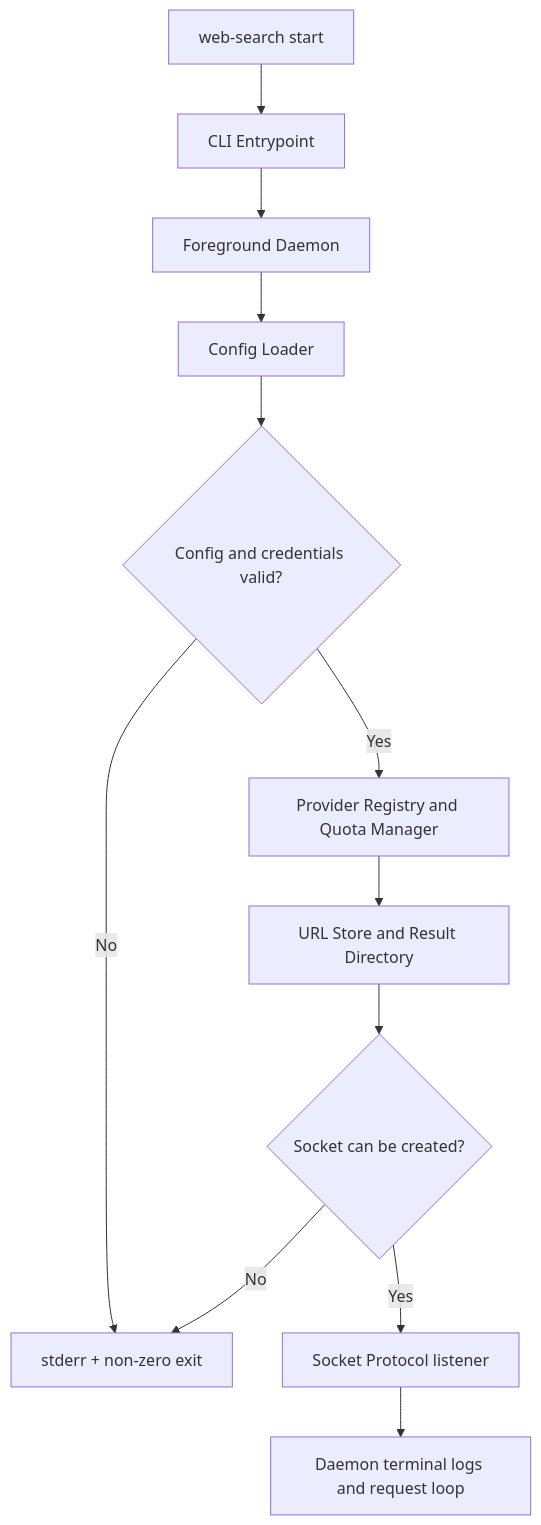
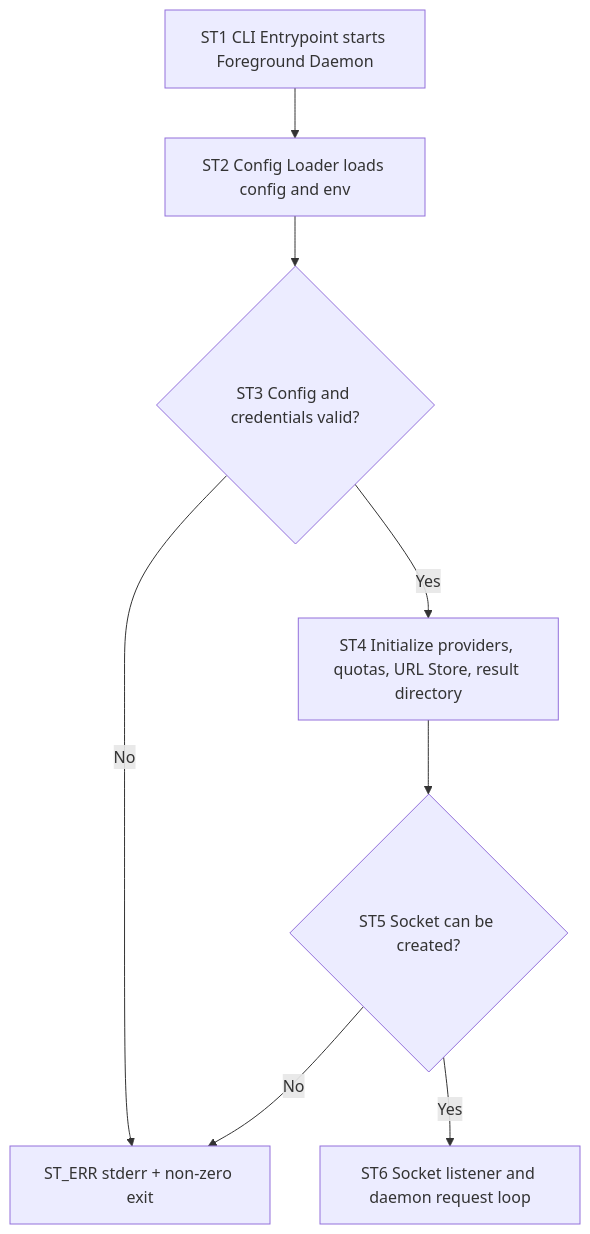
The first of 5 diagrams in docs/designs/architectures/web-search-cli.md (Dingxingdi/temp-web-search), drawn with Mermaid before and after one commit. The commit also changed other lines of this file, not shown here.

````diff
--- a/docs/designs/architectures/web-search-cli.md
+++ b/docs/designs/architectures/web-search-cli.md
@@ -358,14 +360,10 @@
 ```mermaid
 flowchart TD
-    A[web-search start] --> B[CLI Entrypoint]
-    B --> C[Foreground Daemon]
-    C --> D[Config Loader]
-    D --> E{Config and credentials valid?}
-    E -->|No| F[stderr + non-zero exit]
-    E -->|Yes| G[Provider Registry and Quota Manager]
-    G --> H[URL Store and Result Directory]
-    H --> I{Socket can be created?}
-    I -->|No| F
-    I -->|Yes| J[Socket Protocol listener]
-    J --> K[Daemon terminal logs and request loop]
+    ST1[ST1 CLI Entrypoint starts Foreground Daemon] --> ST2[ST2 Config Loader loads config and env]
+    ST2 --> ST3{ST3 Config and credentials valid?}
+    ST3 -->|No| ST_ERR[ST_ERR stderr + non-zero exit]
+    ST3 -->|Yes| ST4[ST4 Initialize providers, quotas, URL Store, result directory]
+    ST4 --> ST5{ST5 Socket can be created?}
+    ST5 -->|No| ST_ERR
+    ST5 -->|Yes| ST6[ST6 Socket listener and daemon request loop]
 ```
````
